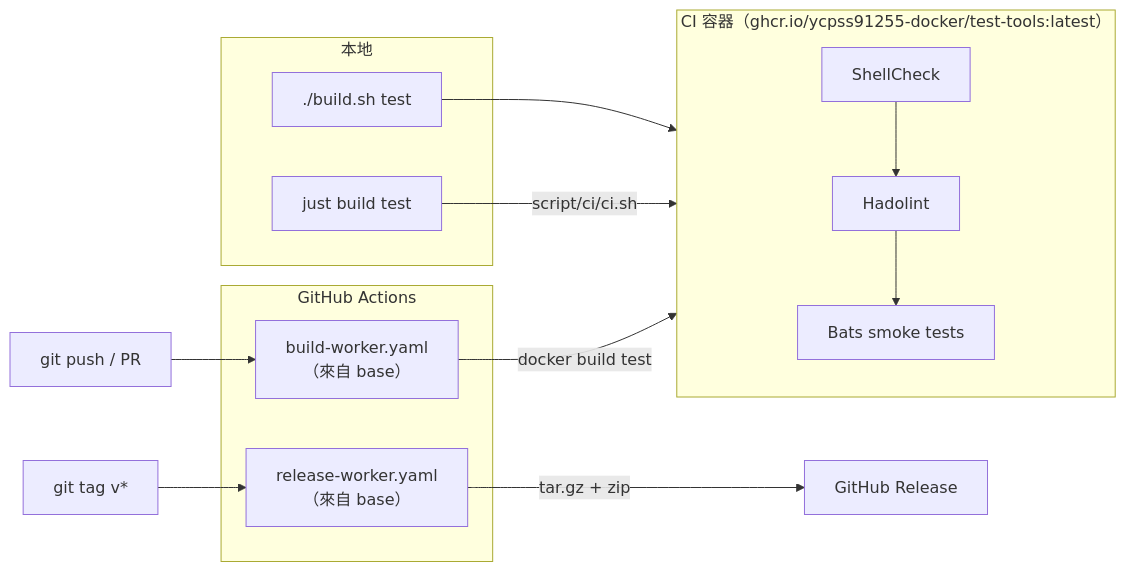
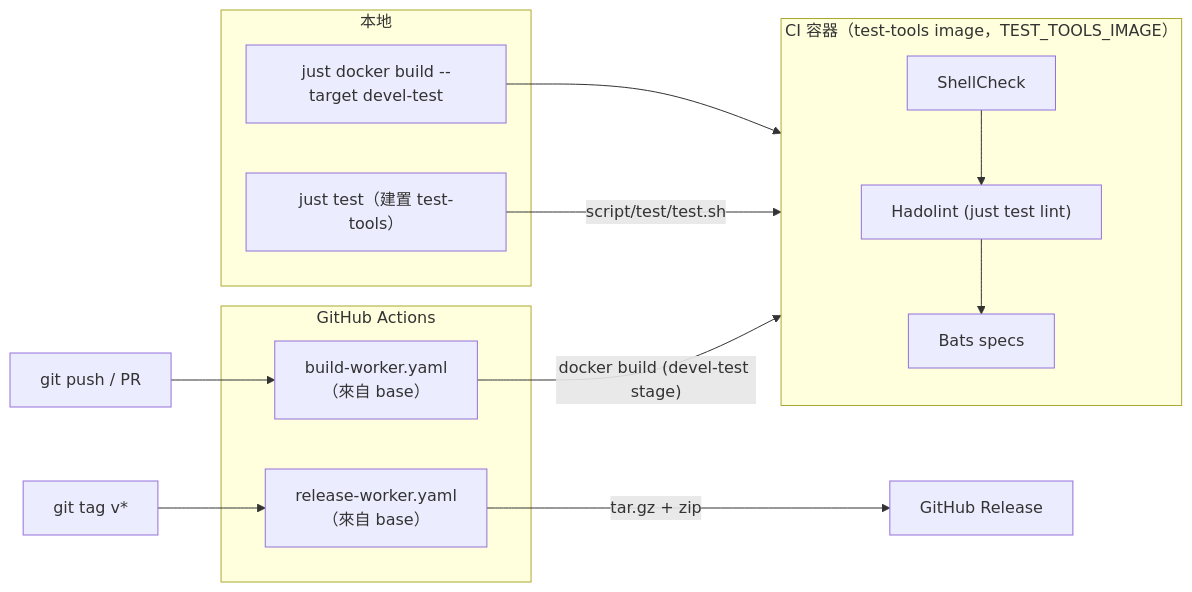
The second of 2 diagrams in doc/readme/README.zh-TW.md (ycpss91255-lab/jetson_sdk_manager), drawn with Mermaid before and after one commit. The commit also changed other lines of this file and 1202 other files, not shown here.

````diff
--- a/doc/readme/README.zh-TW.md
+++ b/doc/readme/README.zh-TW.md
@@ -81,27 +120,27 @@
 ```mermaid
 flowchart LR
     subgraph local["本地"]
-        build_test["./build.sh test"]
-        make_test["just build test"]
+        just_test["just test（建置 test-tools）"]
+        just_build["just docker build --target devel-test"]
     end
 
-    subgraph ci_container["CI 容器（ghcr.io/ycpss91255-docker/test-tools:latest）"]
+    subgraph ci_container["CI 容器（test-tools image，TEST_TOOLS_IMAGE）"]
         shellcheck["ShellCheck"]
-        hadolint["Hadolint"]
-        bats["Bats smoke tests"]
+        hadolint["Hadolint (just test lint)"]
+        bats["Bats specs"]
     end
 
     subgraph github["GitHub Actions"]
         build_worker["build-worker.yaml<br/>（來自 base）"]
         release_worker["release-worker.yaml<br/>（來自 base）"]
     end
 
-    build_test --> ci_container
-    make_test -->|"script/ci/ci.sh"| ci_container
+    just_build --> ci_container
+    just_test -->|"script/test/test.sh"| ci_container
     shellcheck --> hadolint --> bats
 
     push["git push / PR"] --> build_worker
-    build_worker -->|"docker build test"| ci_container
+    build_worker -->|"docker build (devel-test stage)"| ci_container
     tag["git tag v*"] --> release_worker
     release_worker -->|"tar.gz + zip"| release["GitHub Release"]
 ```
````
